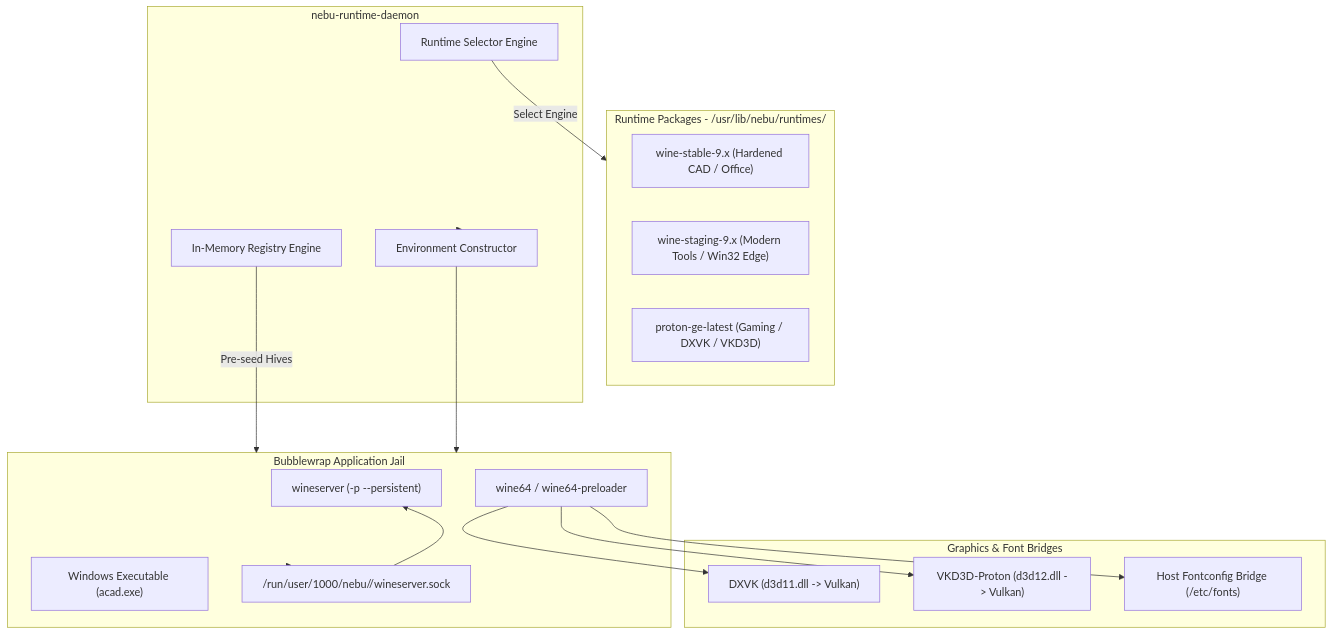
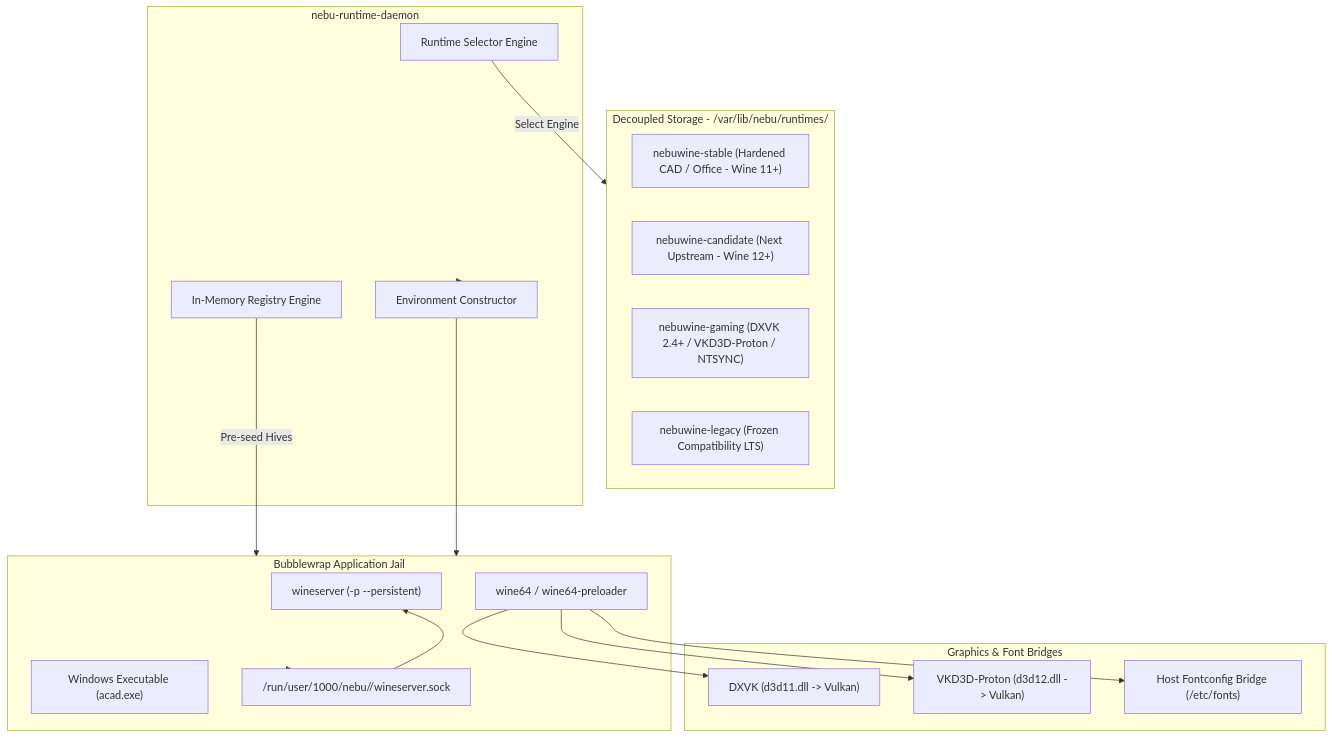
Before and after one commit to kaivyy/nebuos: the first of 3 diagrams in docs/runtime/05-wine-integration.md, drawn with Mermaid. The commit also changed other lines of this file and 73 other files, not shown here.

````diff
--- a/docs/runtime/05-wine-integration.md
+++ b/docs/runtime/05-wine-integration.md
@@ -44,37 +47,38 @@
 ```mermaid
 graph TD
-    subgraph RUNTIME_STORAGE [Runtime Packages - /usr/lib/nebu/runtimes/]
-        WINE_STABLE["wine-stable-9.x (Hardened CAD / Office)"]
-        WINE_STAGING["wine-staging-9.x (Modern Tools / Win32 Edge)"]
-        PROTON_GE["proton-ge-latest (Gaming / DXVK / VKD3D)"]
+    subgraph RUNTIME_STORAGE [Decoupled Storage - /var/lib/nebu/runtimes/]
+        WINE_STABLE["nebuwine-stable (Hardened CAD / Office - Wine 11+)"]
+        WINE_CAND["nebuwine-candidate (Next Upstream - Wine 12+)"]
+        WINE_GAMING["nebuwine-gaming (DXVK 2.4+ / VKD3D-Proton / NTSYNC)"]
+        WINE_LEGACY["nebuwine-legacy (Frozen Compatibility LTS)"]
     end
 
     subgraph DAEMON_DISPATCH [nebu-runtime-daemon]
         ROUTER[Runtime Selector Engine]
         REG_ENGINE[In-Memory Registry Engine]
         ENV_BUILDER[Environment Constructor]
     end
 
     subgraph SANDBOX_RUNTIME [Bubblewrap Application Jail]
         WINESERVER_PROC["wineserver (-p --persistent)"]
         WINE_LOADER["wine64 / wine64-preloader"]
         APP_PROC["Windows Executable (acad.exe)"]
         SOCKET["/run/user/1000/nebu/<app_id>/wineserver.sock"]
     end
 
     subgraph GRAPHICS_TRANSLATION [Graphics & Font Bridges]
         DXVK_LIBS["DXVK (d3d11.dll -> Vulkan)"]
         VKD3D_LIBS["VKD3D-Proton (d3d12.dll -> Vulkan)"]
         FONTCONFIG["Host Fontconfig Bridge (/etc/fonts)"]
     end
 
     ROUTER -->|Select Engine| RUNTIME_STORAGE
     DAEMON_DISPATCH --> ENV_BUILDER
     REG_ENGINE -->|Pre-seed Hives| SANDBOX_RUNTIME
     ENV_BUILDER --> SANDBOX_RUNTIME
     SANDBOX_RUNTIME --> SOCKET
     SOCKET --> WINESERVER_PROC
     WINE_LOADER --> DXVK_LIBS
     WINE_LOADER --> VKD3D_LIBS
     WINE_LOADER --> FONTCONFIG
 ```
````
